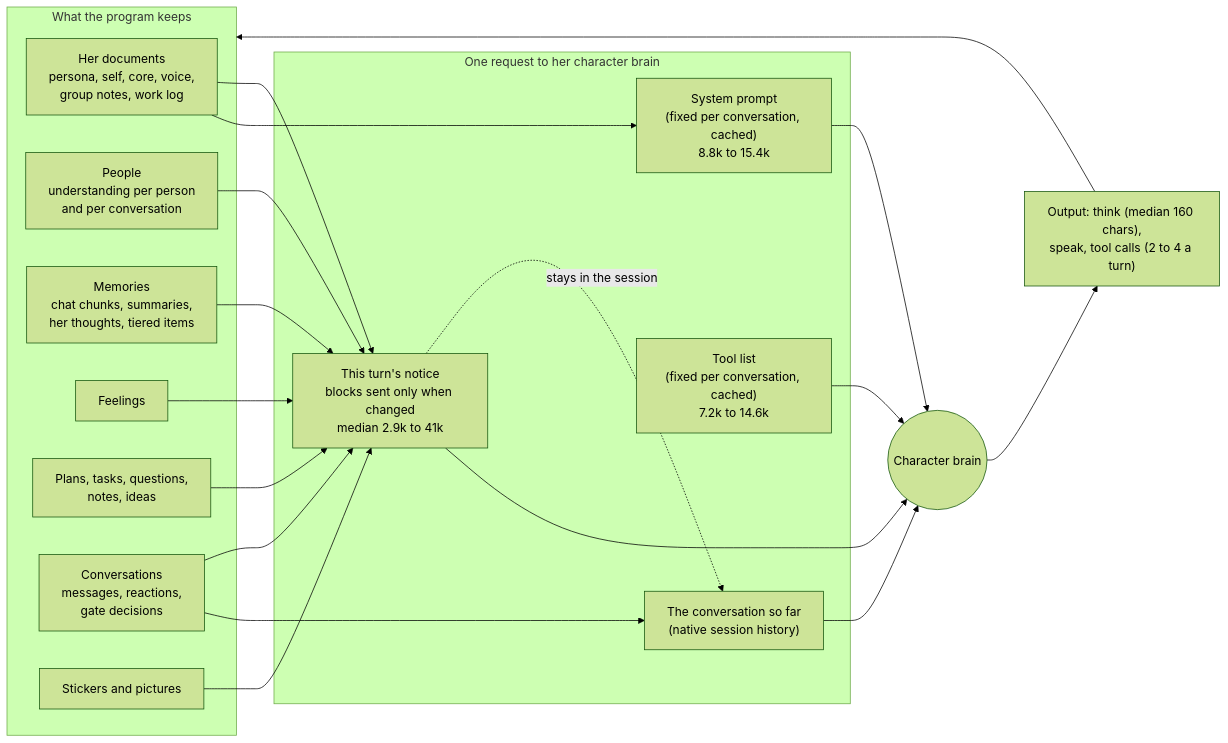
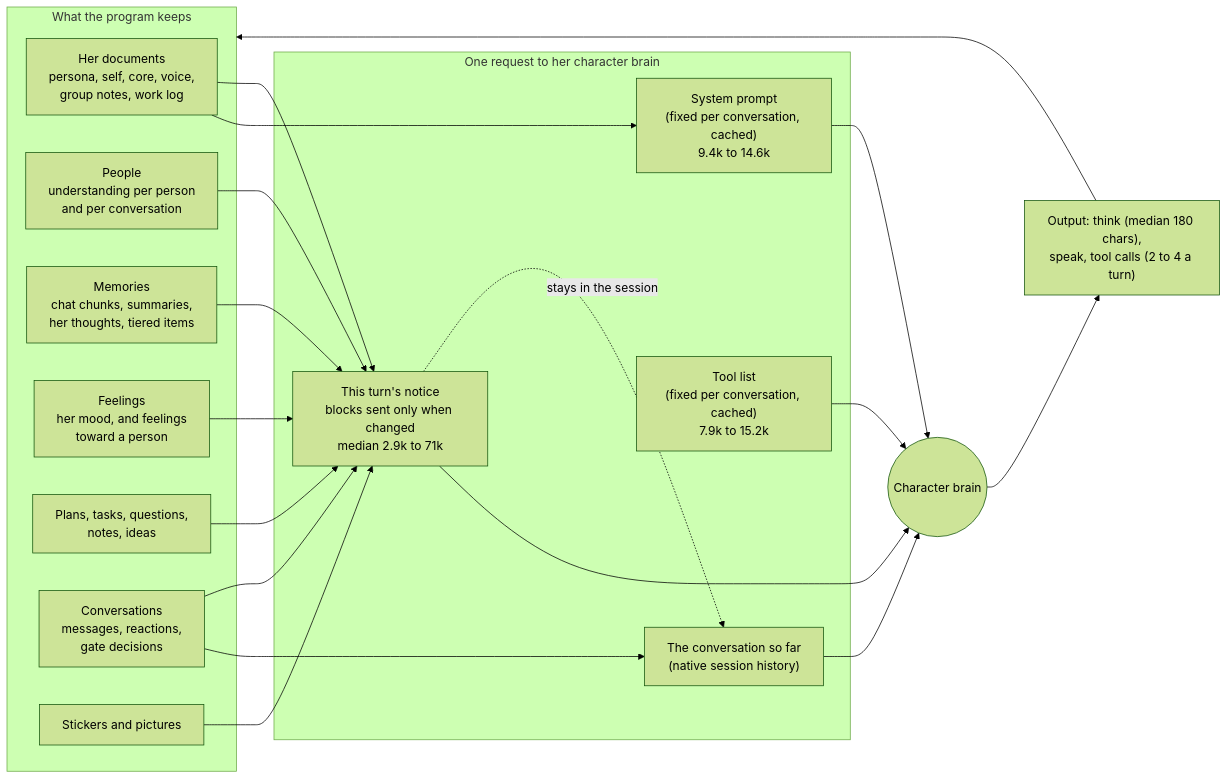
The first of 3 diagrams in docs/articles/what-she-reads-each-turn.md (eamars/AsunaCognitionCore), drawn with Mermaid (forest theme) before and after one commit. The commit also changed other lines of this file and 3 other files, not shown here.

````diff
--- a/docs/articles/what-she-reads-each-turn.md
+++ b/docs/articles/what-she-reads-each-turn.md
@@ -12,34 +12,34 @@
 ```mermaid
 flowchart LR
   subgraph Stores["What the program keeps"]
     D[Her documents<br/>persona, self, core, voice,<br/>group notes, work log]
     P[People<br/>understanding per person<br/>and per conversation]
     M[Memories<br/>chat chunks, summaries,<br/>her thoughts, tiered items]
-    A[Feelings]
+    A[Feelings<br/>her mood, and feelings<br/>toward a person]
     W[Plans, tasks, questions,<br/>notes, ideas]
     C[Conversations<br/>messages, reactions,<br/>gate decisions]
     S[Stickers and pictures]
   end
   subgraph Request["One request to her character brain"]
-    SP["System prompt<br/>(fixed per conversation, cached)<br/>8.8k to 15.4k"]
-    T["Tool list<br/>(fixed per conversation, cached)<br/>7.2k to 14.6k"]
+    SP["System prompt<br/>(fixed per conversation, cached)<br/>9.4k to 14.6k"]
+    T["Tool list<br/>(fixed per conversation, cached)<br/>7.9k to 15.2k"]
     H["The conversation so far<br/>(native session history)"]
-    N["This turn's notice<br/>blocks sent only when changed<br/>median 2.9k to 41k"]
+    N["This turn's notice<br/>blocks sent only when changed<br/>median 2.9k to 71k"]
   end
   D --> SP
   D --> N
   P --> N
   M --> N
   A --> N
   W --> N
   C --> H
   C --> N
   S --> N
   SP --> B((Character brain))
   T --> B
   H --> B
   N --> B
-  B --> O["Output: think (median 160 chars),<br/>speak, tool calls (2 to 4 a turn)"]
+  B --> O["Output: think (median 180 chars),<br/>speak, tool calls (2 to 4 a turn)"]
   O --> Stores
   N -. stays in the session .-> H
 ```
````
